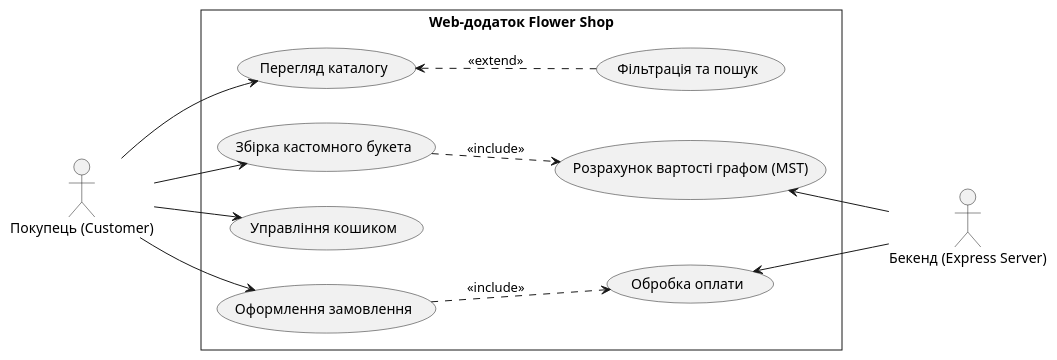
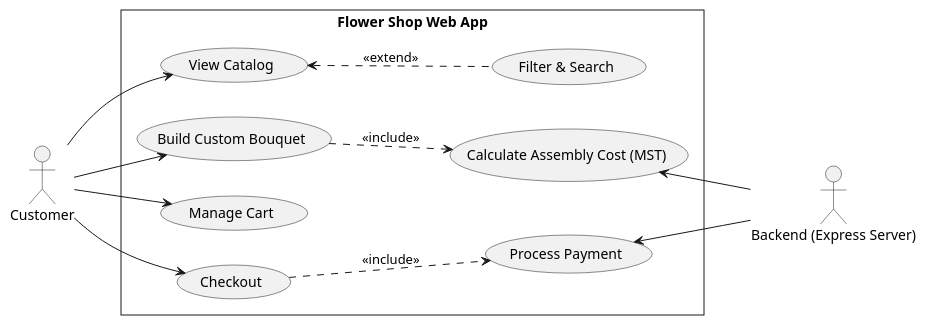
The diagram in docs/diagrams/use_case.puml (Sakharochok/flower-shop), drawn with PlantUML before and after one commit. The commit also changed 22 other files, not shown here.

Commit message:
Refactoring, Strategy Pattern implementation, and UML diagrams

```diff
--- a/docs/diagrams/use_case.puml
+++ b/docs/diagrams/use_case.puml
@@ -1,35 +1,35 @@
 @startuml
 skinparam style strictuml
 left to right direction
 skinparam packageStyle rectangle
 skinparam monochrome true
 
-actor "Покупець (Customer)" as Customer
-actor "Бекенд (Express Server)" as System
+actor "Customer" as Customer
+actor "Backend (Express Server)" as System
 
-rectangle "Web-додаток Flower Shop" {
-  usecase "Перегляд каталогу" as UC_Catalog
-  usecase "Фільтрація та пошук" as UC_Filter
-  usecase "Збірка кастомного букета" as UC_Builder
-  usecase "Управління кошиком" as UC_Cart
-  usecase "Оформлення замовлення" as UC_Checkout
-  usecase "Обробка оплати" as UC_Payment
-  usecase "Розрахунок вартості графом (MST)" as UC_Calc
+rectangle "Flower Shop Web App" {
+  usecase "View Catalog" as UC_Catalog
+  usecase "Filter & Search" as UC_Filter
+  usecase "Build Custom Bouquet" as UC_Builder
+  usecase "Manage Cart" as UC_Cart
+  usecase "Checkout" as UC_Checkout
+  usecase "Process Payment" as UC_Payment
+  usecase "Calculate Assembly Cost (MST)" as UC_Calc
 }
 
-' Дії користувача
+' User Actions
 Customer --> UC_Catalog
 Customer --> UC_Builder
 Customer --> UC_Cart
 Customer --> UC_Checkout
 
-' Розширення та включення (дуже важливо для UML)
+' Extensions and Includes
 UC_Catalog <.. UC_Filter : <<extend>>
 UC_Builder ..> UC_Calc : <<include>>
 UC_Checkout ..> UC_Payment : <<include>>
 
-' Дії системи (сервера)
+' System Actions
 UC_Calc <-- System
 UC_Payment <-- System
 
 @enduml
```
